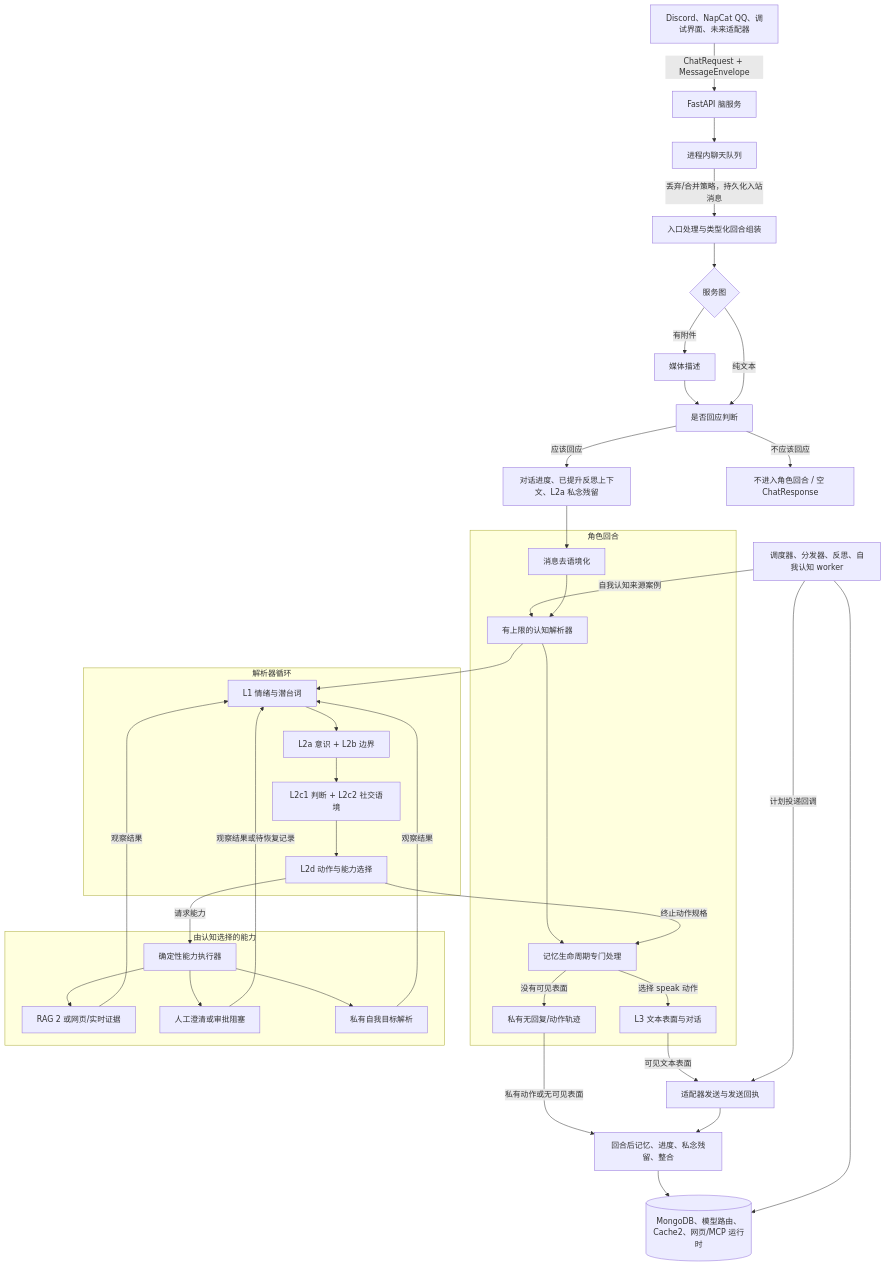
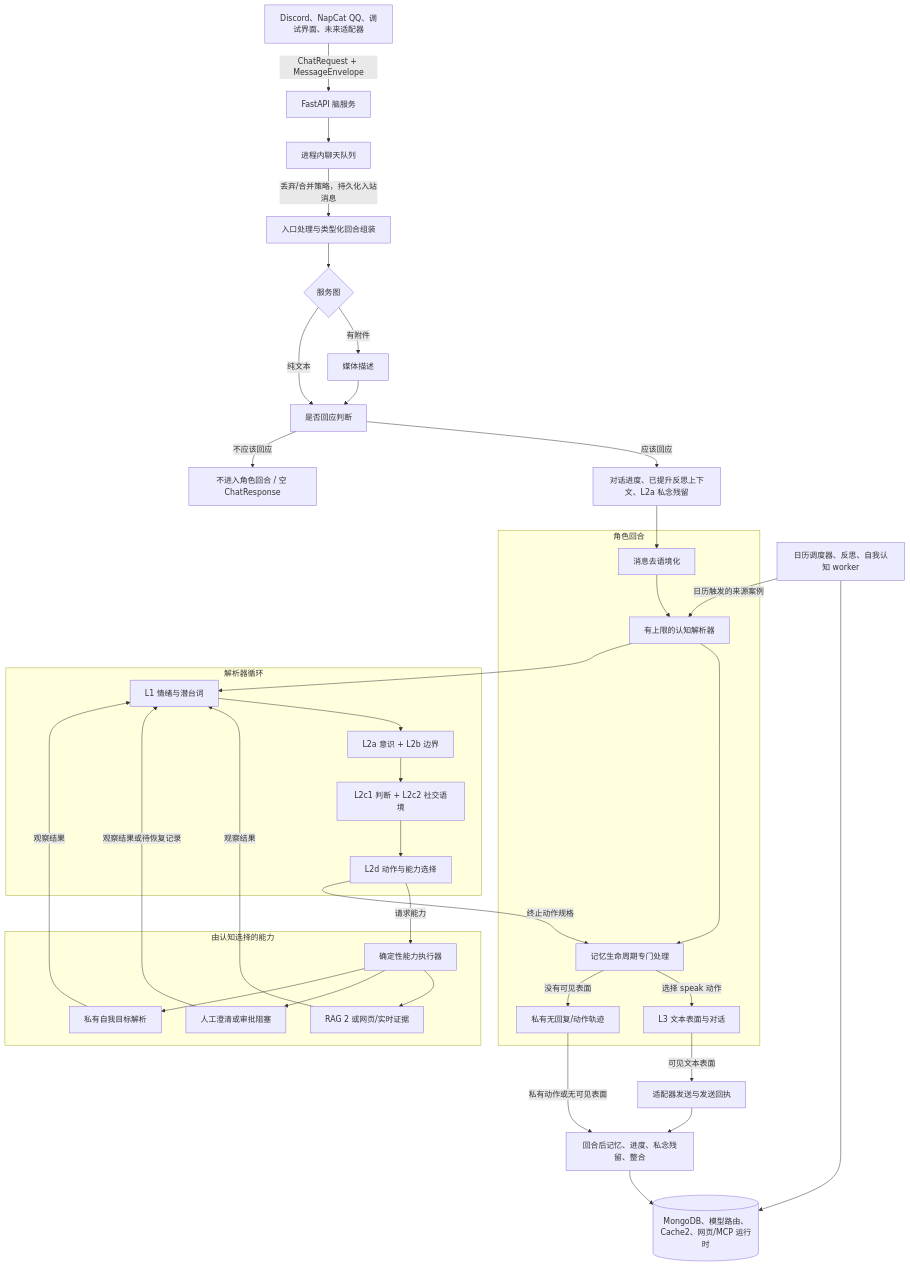
Before and after one commit to eamars/KazusaAIChatbot: the diagram in README_CN.md, drawn with Mermaid. The commit also changed other lines of this file and 15 other files, not shown here.

````diff
--- a/README_CN.md
+++ b/README_CN.md
@@ -93,73 +93,72 @@
 ```mermaid
 flowchart TD
     A[Discord、NapCat QQ、调试界面、未来适配器]
     B[FastAPI 脑服务]
     C[进程内聊天队列]
     D[入口处理与类型化回合组装]
     E{服务图}
     F[媒体描述]
     G[是否回应判断]
     H[对话进度、已提升反思上下文、L2a 私念残留]
     J[适配器发送与发送回执]
     K[回合后记忆、进度、私念残留、整合]
     L[(MongoDB、模型路由、Cache2、网页/MCP 运行时)]
-    M[调度器、分发器、反思、自我认知 worker]
+    M[日历调度器、反思、自我认知 worker]
     N[不进入角色回合 / 空 ChatResponse]
 
     A -->|ChatRequest + MessageEnvelope| B
     B --> C
     C -->|丢弃/合并策略，持久化入站消息| D
     D --> E
     E -->|有附件| F
     F --> G
     E -->|纯文本| G
     G -->|应该回应| H
     G -->|不应该回应| N
     H --> P0
     P3 -->|可见文本表面| J
     P4 -->|私有动作或无可见表面| K
     J --> K
     K --> L
-    M -->|自我认知来源案例| P1
-    M -->|计划投递回调| J
+    M -->|日历触发的来源案例| P1
     M --> L
 
     subgraph Persona["角色回合"]
         P0[消息去语境化]
         P1[有上限的认知解析器]
         P2[记忆生命周期专门处理]
         P3[L3 文本表面与对话]
         P4[私有无回复/动作轨迹]
         P0 --> P1
         P1 --> P2
         P2 -->|选择 speak 动作| P3
         P2 -->|没有可见表面| P4
     end
 
     subgraph Resolver["解析器循环"]
         R1[L1 情绪与潜台词]
         R2[L2a 意识 + L2b 边界]
         R3[L2c1 判断 + L2c2 社交语境]
         R4[L2d 动作与能力选择]
         R1 --> R2
         R2 --> R3
         R3 --> R4
     end
 
     subgraph Capabilities["由认知选择的能力"]
         C0[确定性能力执行器]
         C1[RAG 2 或网页/实时证据]
         C2[人工澄清或审批阻塞]
         C3[私有自我目标解析]
         C0 --> C1
         C0 --> C2
         C0 --> C3
     end
 
     P1 --> R1
     R4 -->|请求能力| C0
     C1 -->|观察结果| R1
     C2 -->|观察结果或待恢复记录| R1
     C3 -->|观察结果| R1
     R4 -->|终止动作规格| P2
 ```
````
